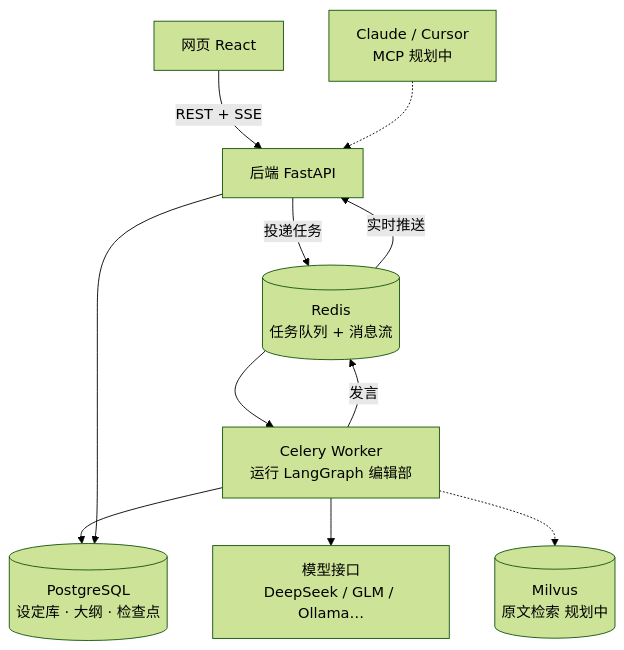
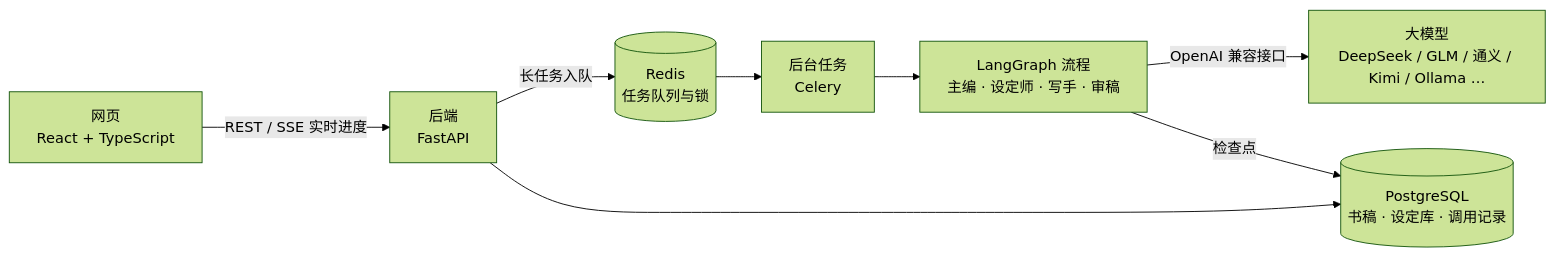
The diagram in README.md (lxbtkfbj/zhibi), drawn with Mermaid (forest theme) before and after one commit. The commit also changed other lines of this file and 1 other file, not shown here.

````diff
--- a/README.md
+++ b/README.md
@@ -157,13 +20,10 @@
 ```mermaid
-flowchart TB
-    Web[网页 React] -->|REST + SSE| API[后端 FastAPI]
-    MCP[Claude / Cursor<br/>MCP 规划中] -.-> API
-    API -->|投递任务| Redis[(Redis<br/>任务队列 + 消息流)]
-    Redis --> Worker[Celery Worker<br/>运行 LangGraph 编辑部]
-    Worker -->|发言| Redis
-    Redis -->|实时推送| API
-    Worker --> PG[(PostgreSQL<br/>设定库 · 大纲 · 检查点)]
-    API --> PG
-    Worker --> LLM[模型接口<br/>DeepSeek / GLM / Ollama…]
-    Worker -.-> Milvus[(Milvus<br/>原文检索 规划中)]
+flowchart LR
+    Web["网页<br/>React + TypeScript"] -- "REST / SSE 实时进度" --> API["后端<br/>FastAPI"]
+    API -- "长任务入队" --> Queue[("Redis<br/>任务队列与锁")]
+    Queue --> Worker["后台任务<br/>Celery"]
+    Worker --> Graph["LangGraph 流程<br/>主编 · 设定师 · 写手 · 审稿"]
+    Graph -- "OpenAI 兼容接口" --> LLM["大模型<br/>DeepSeek / GLM / 通义 / Kimi / Ollama …"]
+    Graph -- "检查点" --> DB[("PostgreSQL<br/>书稿 · 设定库 · 调用记录")]
+    API --> DB
 ```
````
